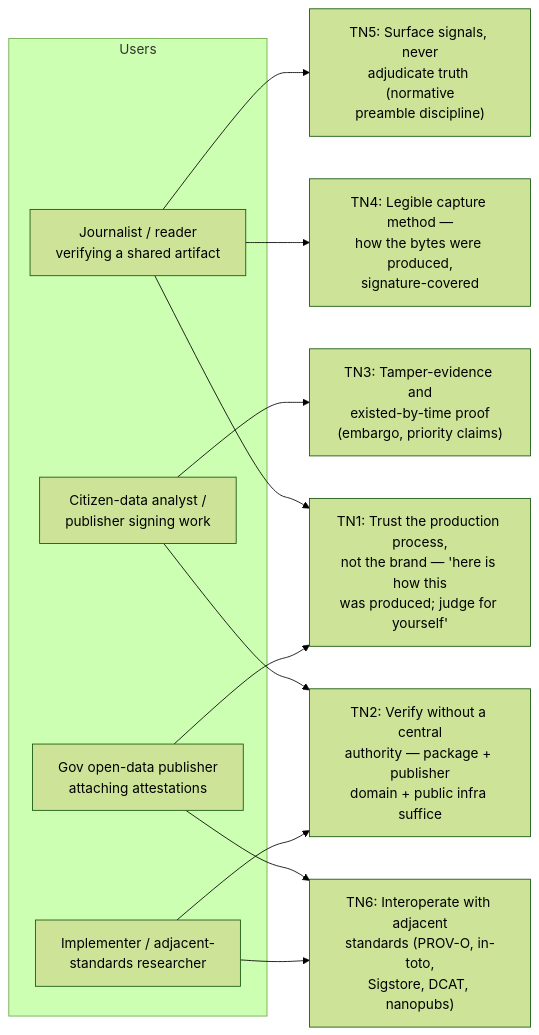
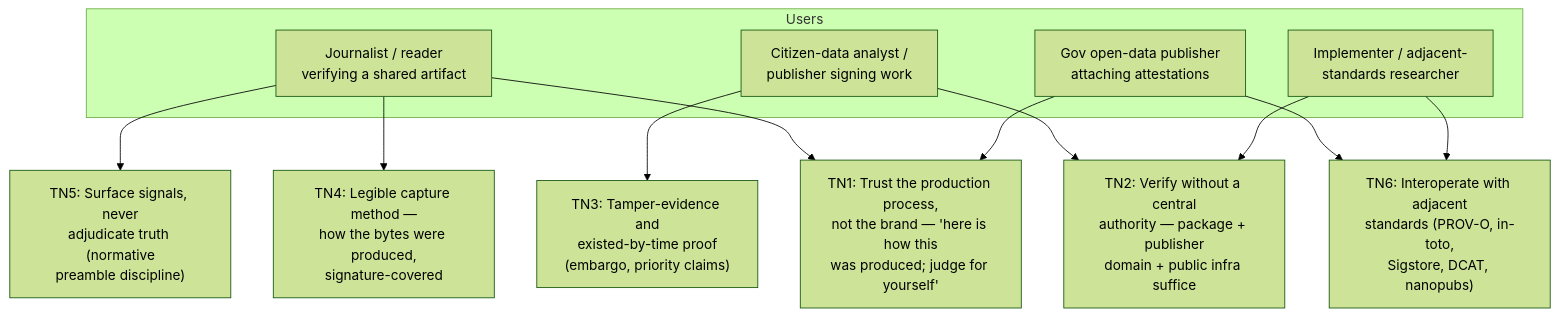
One commit to npstorey/civic-ai-tools changed the first of 5 diagrams in research/05-typed-standards-spec-architecture-views.md. Above: the diagram before and after it, drawn with Mermaid (forest theme). The commit also changed other lines of this file and 1 other file, not shown here.

````diff
--- a/research/05-typed-standards-spec-architecture-views.md
+++ b/research/05-typed-standards-spec-architecture-views.md
@@ -21,21 +25,21 @@
 ```mermaid
-flowchart LR
+flowchart TB
     subgraph Users
         J["Journalist / reader<br/>verifying a shared artifact"]
         A["Citizen-data analyst /<br/>publisher signing work"]
         G["Gov open-data publisher<br/>attaching attestations"]
         I["Implementer / adjacent-<br/>standards researcher"]
     end
 
     TN1["TN1: Trust the production process,<br/>not the brand — 'here is how this<br/>was produced; judge for yourself'"]
     TN2["TN2: Verify without a central<br/>authority — package + publisher<br/>domain + public infra suffice"]
     TN3["TN3: Tamper-evidence and<br/>existed-by-time proof<br/>(embargo, priority claims)"]
     TN4["TN4: Legible capture method —<br/>how the bytes were produced,<br/>signature-covered"]
     TN5["TN5: Surface signals, never<br/>adjudicate truth (normative<br/>preamble discipline)"]
     TN6["TN6: Interoperate with adjacent<br/>standards (PROV-O, in-toto,<br/>Sigstore, DCAT, nanopubs)"]
 
     J --> TN1 & TN4 & TN5
     A --> TN2 & TN3
     G --> TN1 & TN6
     I --> TN6 & TN2
 ```
````
